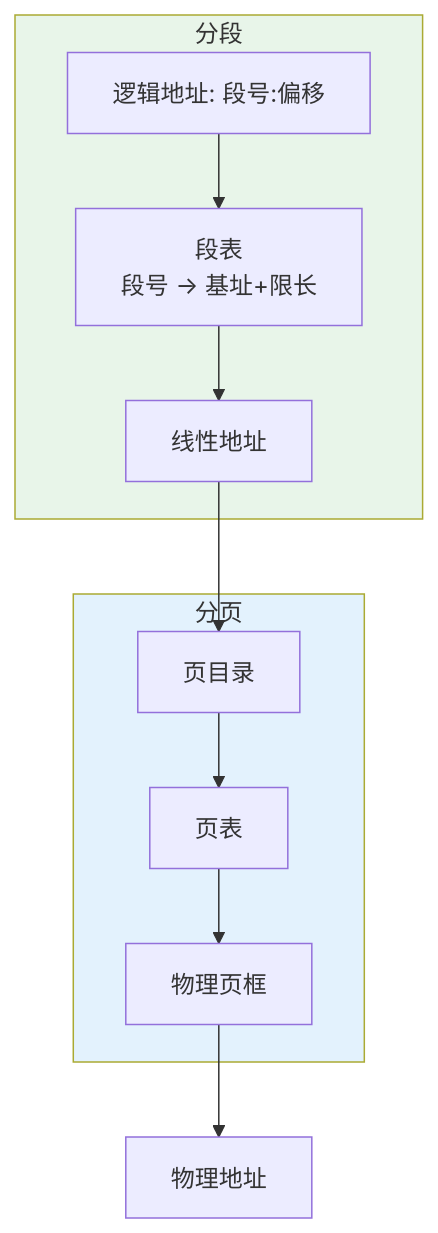
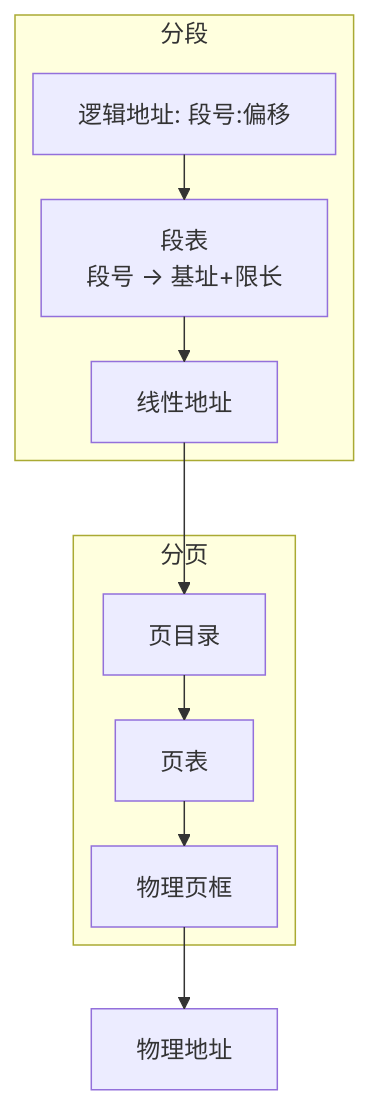
One commit to ziyan-cs/obsidian-coding-notes changed the diagram in 01-CS Core (计算机核心基础)/03-Operating System（操作系统）/04-Memory Management（内存管理⭐）/02-Paging & Segmentation（分页与分段）.md. Above: the diagram before and after it, drawn with Mermaid. The commit also changed 37 other files, not shown here.

````diff
--- a/01-CS Core (计算机核心基础)/03-Operating System（操作系统）/04-Memory Management（内存管理⭐）/02-Paging & Segmentation（分页与分段）.md
+++ b/01-CS Core (计算机核心基础)/03-Operating System（操作系统）/04-Memory Management（内存管理⭐）/02-Paging & Segmentation（分页与分段）.md
@@ -92,16 +92,15 @@
 ```mermaid
+%%{init: {"flowchart": {"defaultRenderer": "elk", "curve": "monotoneX"}} }%%
 graph TD
     subgraph Seg["分段"]
         SEG_DIR["段表<br/>段号 → 基址+限长"]
         LOGIC["逻辑地址: 段号:偏移"]
         LOGIC --> SEG_DIR --> LINEAR["线性地址"]
     end
     subgraph Page["分页"]
         DIR["页目录"]
         TAB["页表"]
         LINEAR --> DIR --> TAB --> FRAME["物理页框"]
     end
     FRAME --> PHYS["物理地址"]
-    style Seg fill:#e8f5e9
-    style Page fill:#e3f2fd
 ```
````
